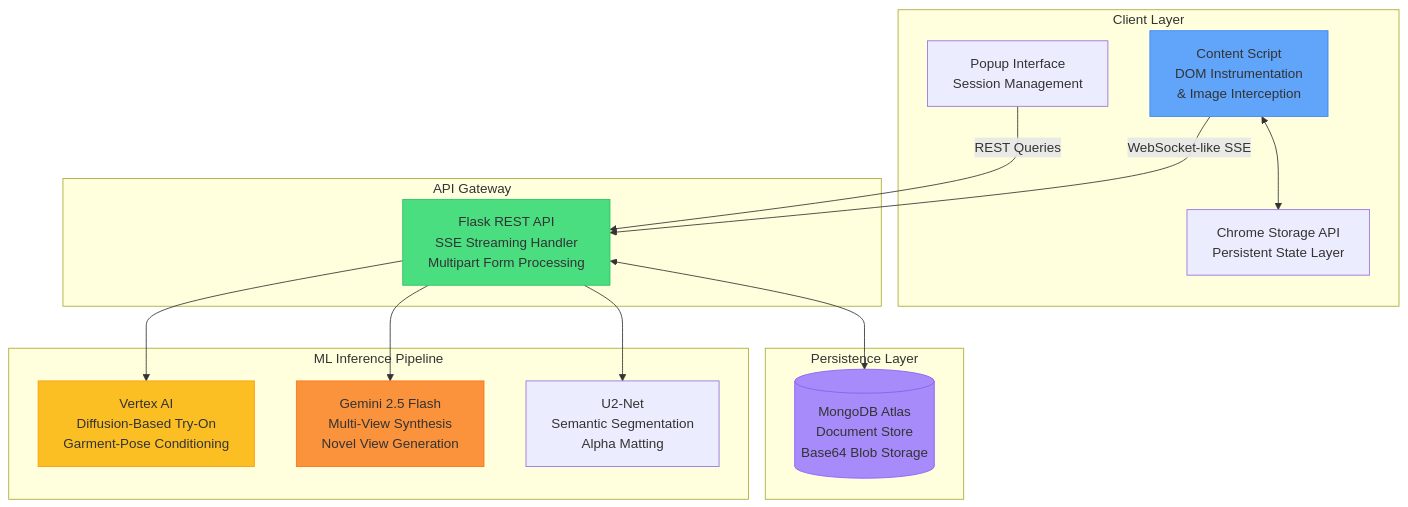
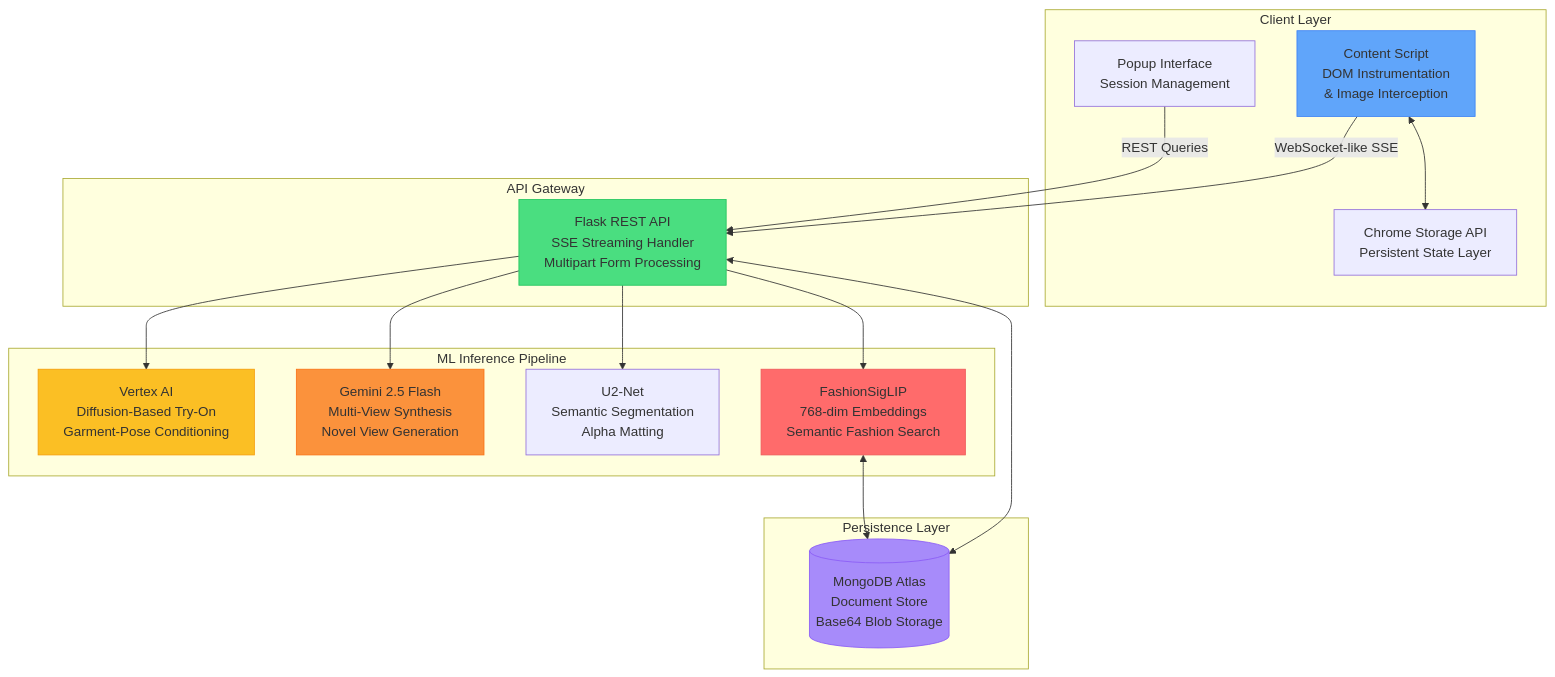
One commit to AntoDono/McHacks2026 changed the first of 4 diagrams in README.md. Above: the diagram before and after it, drawn with Mermaid. The commit also changed other lines of this file and 6 other files, not shown here.

````diff
--- a/README.md
+++ b/README.md
@@ -45,37 +47,41 @@
 ```mermaid
 graph TB
     subgraph "Client Layer"
         CS[Content Script<br/>DOM Instrumentation<br/>& Image Interception]
         POPUP[Popup Interface<br/>Session Management]
         STORAGE[Chrome Storage API<br/>Persistent State Layer]
     end
     
     subgraph "API Gateway"
         API[Flask REST API<br/>SSE Streaming Handler<br/>Multipart Form Processing]
     end
     
     subgraph "ML Inference Pipeline"
         VERTEX[Vertex AI<br/>Diffusion-Based Try-On<br/>Garment-Pose Conditioning]
         GEMINI[Gemini 2.5 Flash<br/>Multi-View Synthesis<br/>Novel View Generation]
         REMBG[U2-Net<br/>Semantic Segmentation<br/>Alpha Matting]
+        SIGLIP[FashionSigLIP<br/>768-dim Embeddings<br/>Semantic Fashion Search]
     end
     
     subgraph "Persistence Layer"
         MONGO[(MongoDB Atlas<br/>Document Store<br/>Base64 Blob Storage)]
     end
     
     CS -->|WebSocket-like SSE| API
     POPUP -->|REST Queries| API
     CS <--> STORAGE
     
     API --> VERTEX
     API --> GEMINI
     API --> REMBG
+    API --> SIGLIP
     API <--> MONGO
+    SIGLIP <--> MONGO
     
     style CS fill:#60a5fa,stroke:#3b82f6
     style API fill:#4ade80,stroke:#22c55e
     style VERTEX fill:#fbbf24,stroke:#f59e0b
     style GEMINI fill:#fb923c,stroke:#f97316
+    style SIGLIP fill:#ff6b6b,stroke:#ee5a5a
     style MONGO fill:#a78bfa,stroke:#8b5cf6
 ```
````
